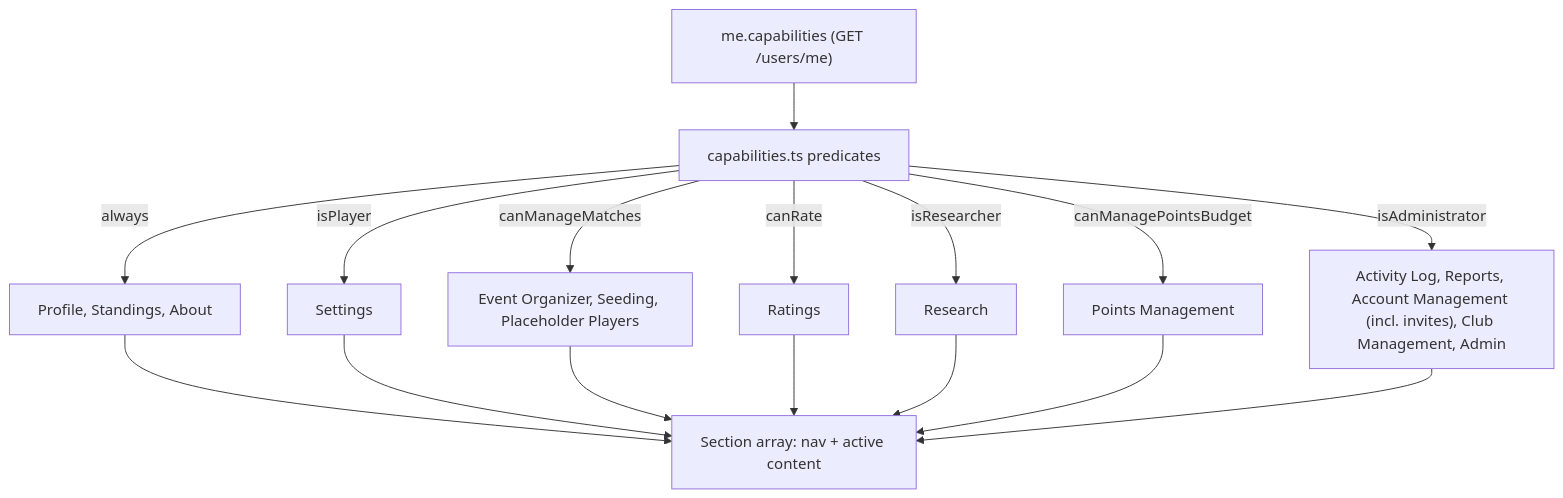
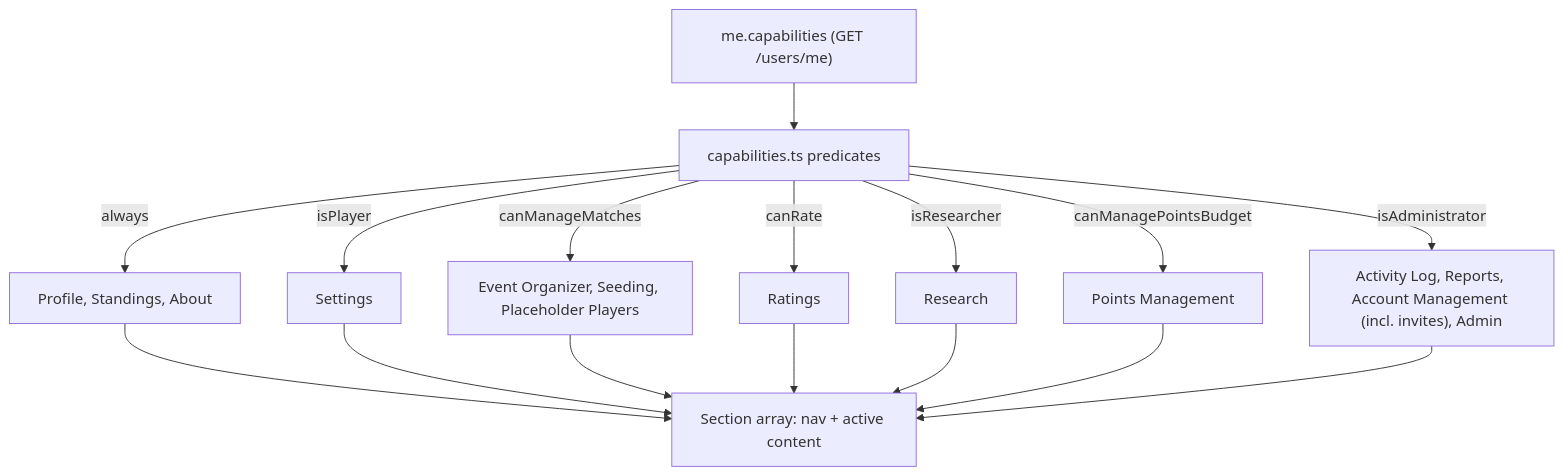
Before and after one commit to cybergrouch/skopeo: the fifth of 5 diagrams in docs/engineering/architecture/WEB_UI_ARCHITECTURE.md, drawn with Mermaid. The commit also changed other lines of this file and 21 other files, not shown here.

````diff
--- a/docs/engineering/architecture/WEB_UI_ARCHITECTURE.md
+++ b/docs/engineering/architecture/WEB_UI_ARCHITECTURE.md
@@ -268,18 +268,18 @@
 ```mermaid
 flowchart TD
     Me["me.capabilities (GET /users/me)"] --> Pred["capabilities.ts predicates"]
     Pred -->|always| Always["Profile, Standings, About"]
     Pred -->|isPlayer| Settings[Settings]
     Pred -->|canManageMatches| Org["Event Organizer, Seeding, Placeholder Players"]
     Pred -->|canRate| Ratings[Ratings]
     Pred -->|isResearcher| Research[Research]
     Pred -->|canManagePointsBudget| Points[Points Management]
-    Pred -->|isAdministrator| Adm["Activity Log, Reports, Account Management (incl. invites), Club Management, Admin"]
+    Pred -->|isAdministrator| Adm["Activity Log, Reports, Account Management (incl. invites), Admin"]
     Always --> Sec["Section array: nav + active content"]
     Settings --> Sec
     Org --> Sec
     Ratings --> Sec
     Research --> Sec
     Points --> Sec
     Adm --> Sec
 ```
````
